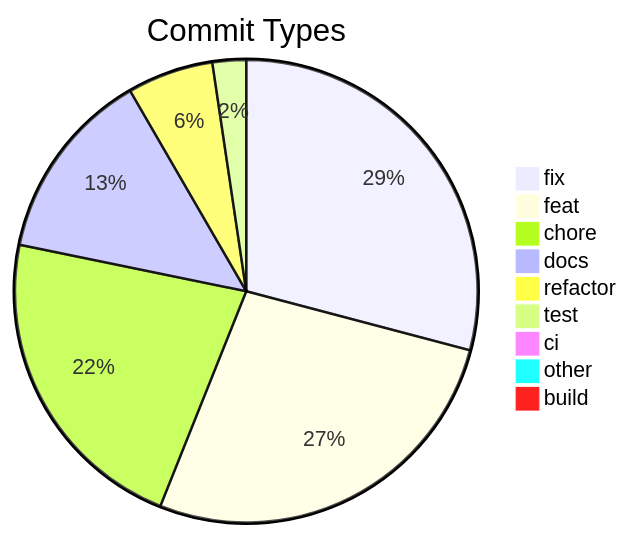
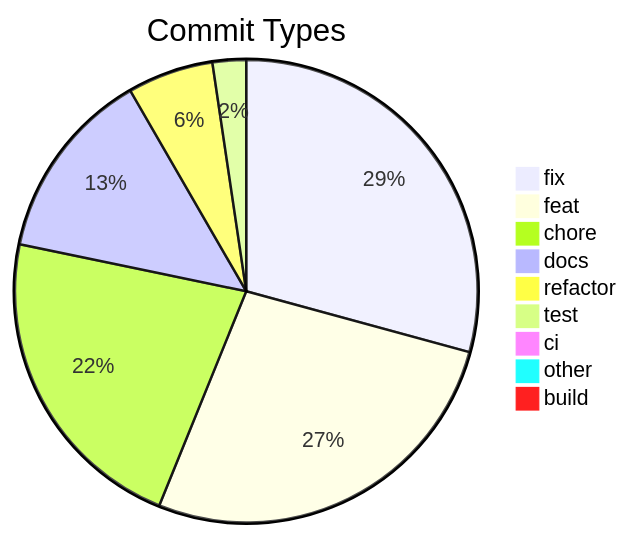
One commit to svenroth-ai/shipwright changed the diagram in .shipwright/compliance/change-history.md. Above: the diagram before and after it, drawn with Mermaid. The commit also changed other lines of this file and 20 other files, not shown here.

````diff
--- a/.shipwright/compliance/change-history.md
+++ b/.shipwright/compliance/change-history.md
@@ -8,12 +8,12 @@
 ```mermaid
 pie title Commit Types
-    "fix" : 310
+    "fix" : 312
     "feat" : 287
     "chore" : 236
     "docs" : 143
     "refactor" : 64
     "test" : 25
     "ci" : 8
     "other" : 7
     "build" : 1
 ```
````
